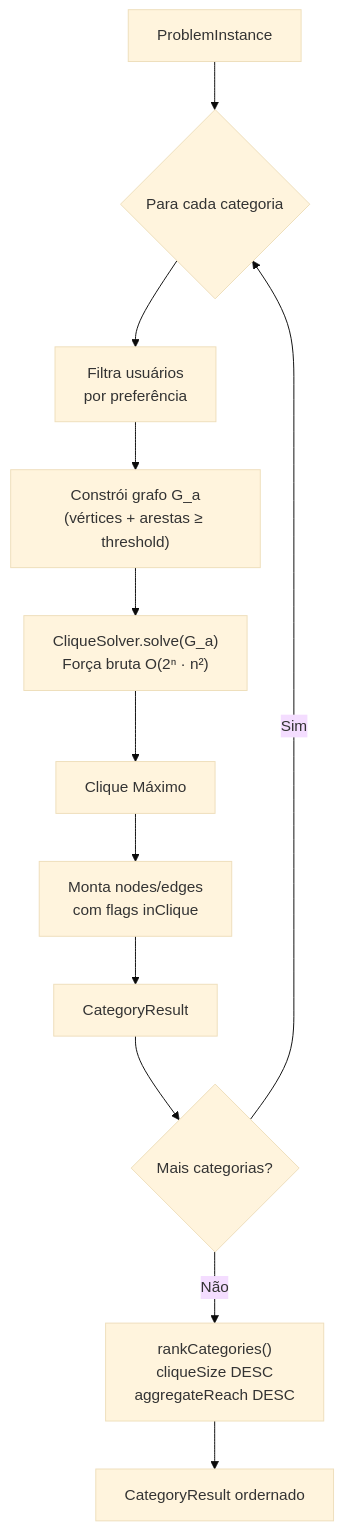
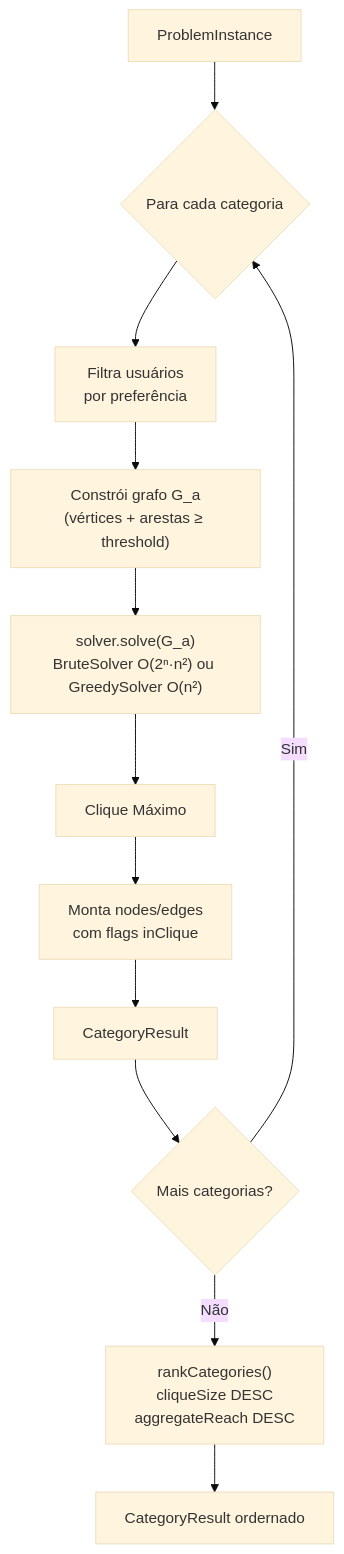
The third of 3 diagrams in README.md (pumba-dev/click-problem), drawn with Mermaid (base theme) before and after one commit. The commit also changed other lines of this file and 47 other files, not shown here.

````diff
--- a/README.md
+++ b/README.md
@@ -107,14 +125,14 @@
 ```mermaid
 flowchart TD
     A[ProblemInstance] --> B{Para cada categoria}
     B --> C["Filtra usuários<br/>por preferência"]
     C --> D["Constrói grafo G_a<br/>(vértices + arestas ≥ threshold)"]
-    D --> E["CliqueSolver.solve(G_a)<br/>Força bruta O(2ⁿ · n²)"]
+    D --> E["solver.solve(G_a)<br/>BruteSolver O(2ⁿ·n²) ou GreedySolver O(n²)"]
     E --> F[Clique Máximo]
     F --> G["Monta nodes/edges<br/>com flags inClique"]
     G --> H[CategoryResult]
     H --> I{Mais categorias?}
     I -- Sim --> B
     I -- Não --> J["rankCategories()<br/>cliqueSize DESC<br/>aggregateReach DESC"]
     J --> K[CategoryResult ordernado]
 ```
````
